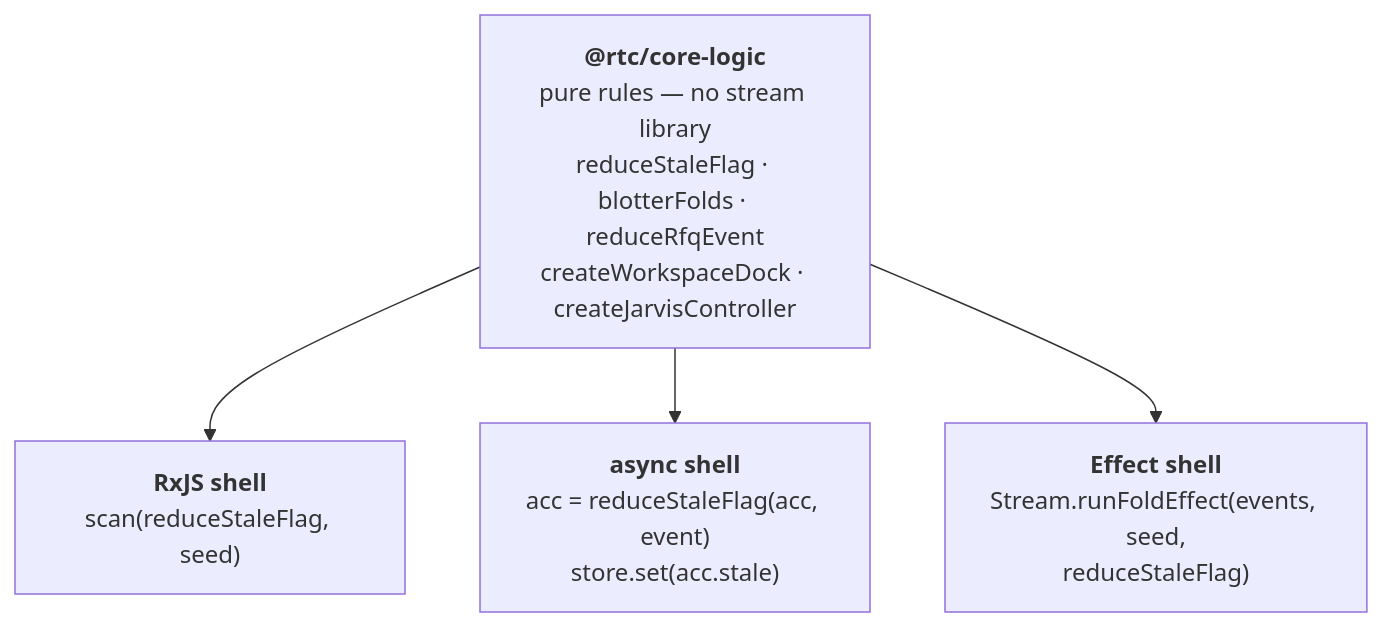
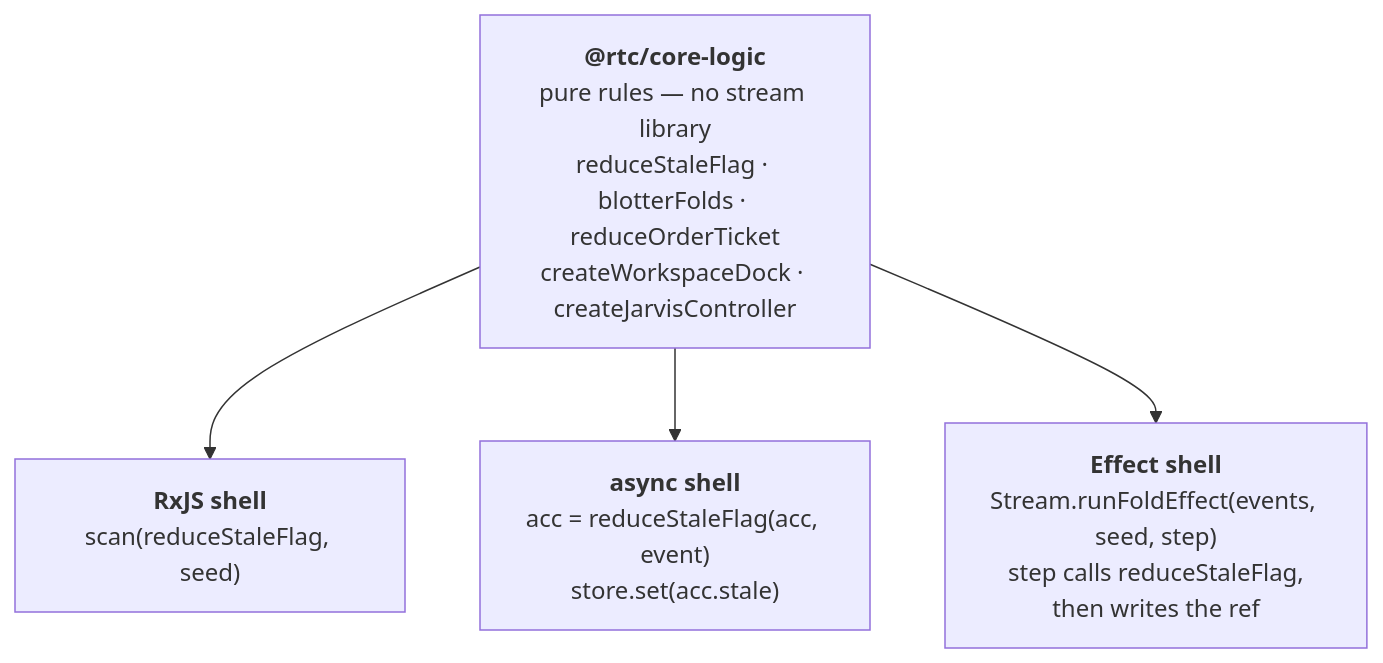
One commit to bettersoftware-io/ReactiveTraderCloudClone changed the fourth of 17 diagrams in docs/architecture/23-application-cores-explained.md. Above: the diagram before and after it, drawn with Mermaid. The commit also changed other lines of this file, not shown here.

First line of the commit message:
docs(architecture): §23 review minors — rule attribution, fold call shape, Effect primitives

````diff
--- a/docs/architecture/23-application-cores-explained.md
+++ b/docs/architecture/23-application-cores-explained.md
@@ -209,11 +209,11 @@
 ```mermaid
 flowchart TD
-  logic["<b>@rtc/core-logic</b><br/>pure rules — no stream library<br/>reduceStaleFlag · blotterFolds · reduceRfqEvent<br/>createWorkspaceDock · createJarvisController"]
+  logic["<b>@rtc/core-logic</b><br/>pure rules — no stream library<br/>reduceStaleFlag · blotterFolds · reduceOrderTicket<br/>createWorkspaceDock · createJarvisController"]
   rx["<b>RxJS shell</b><br/>scan(reduceStaleFlag, seed)"]
   as["<b>async shell</b><br/>acc = reduceStaleFlag(acc, event)<br/>store.set(acc.stale)"]
-  ef["<b>Effect shell</b><br/>Stream.runFoldEffect(events, seed,<br/>reduceStaleFlag)"]
+  ef["<b>Effect shell</b><br/>Stream.runFoldEffect(events, seed, step)<br/>step calls reduceStaleFlag,<br/>then writes the ref"]
 
   logic --> rx
   logic --> as
   logic --> ef
 ```
````
